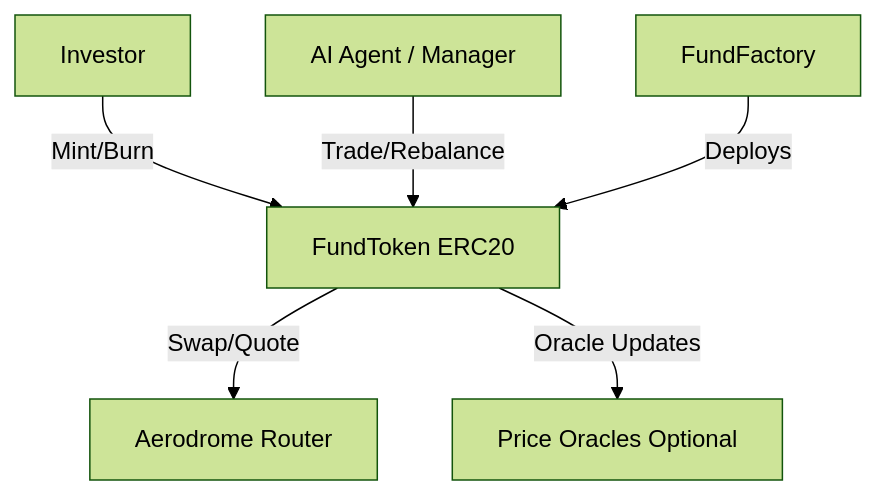
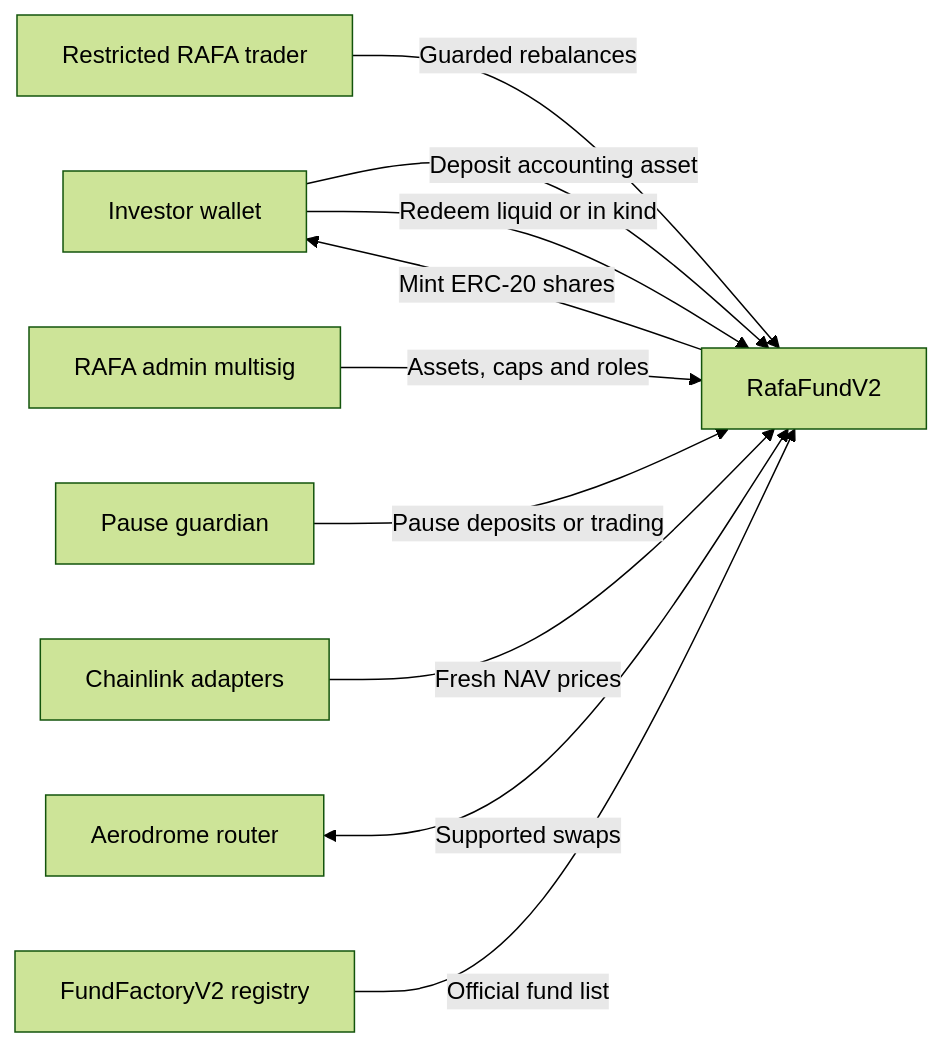
One commit to Rafa-Protocol/rafa-fund changed the diagram in ARCHITECTURE.md. Above: the diagram before and after it, drawn with Mermaid (forest theme). The commit also changed other lines of this file and 29 other files, not shown here.

Commit message:
feat: add RAFA Fund Protocol V2

````diff
--- a/ARCHITECTURE.md
+++ b/ARCHITECTURE.md
@@ -11,8 +5,12 @@
 ```mermaid
-graph TD
-    User[Investor] -->|Mint/Burn| FundToken[FundToken ERC20]
-    Manager[AI Agent / Manager] -->|Trade/Rebalance| FundToken
-    FundToken -->|Swap/Quote| Aerodrome[Aerodrome Router]
-    FundToken -->|Oracle Updates| Chainlink[Price Oracles Optional]
-    Factory[FundFactory] -->|Deploys| FundToken
+flowchart LR
+    Investor[Investor wallet] -->|Deposit accounting asset| Fund[RafaFundV2]
+    Fund -->|Mint ERC-20 shares| Investor
+    Investor -->|Redeem liquid or in kind| Fund
+    Trader[Restricted RAFA trader] -->|Guarded rebalances| Fund
+    Safe[RAFA admin multisig] -->|Assets, caps and roles| Fund
+    Guardian[Pause guardian] -->|Pause deposits or trading| Fund
+    Oracle[Chainlink adapters] -->|Fresh NAV prices| Fund
+    Router[Aerodrome router] <-->|Supported swaps| Fund
+    Registry[FundFactoryV2 registry] -->|Official fund list| Fund
 ```
````
